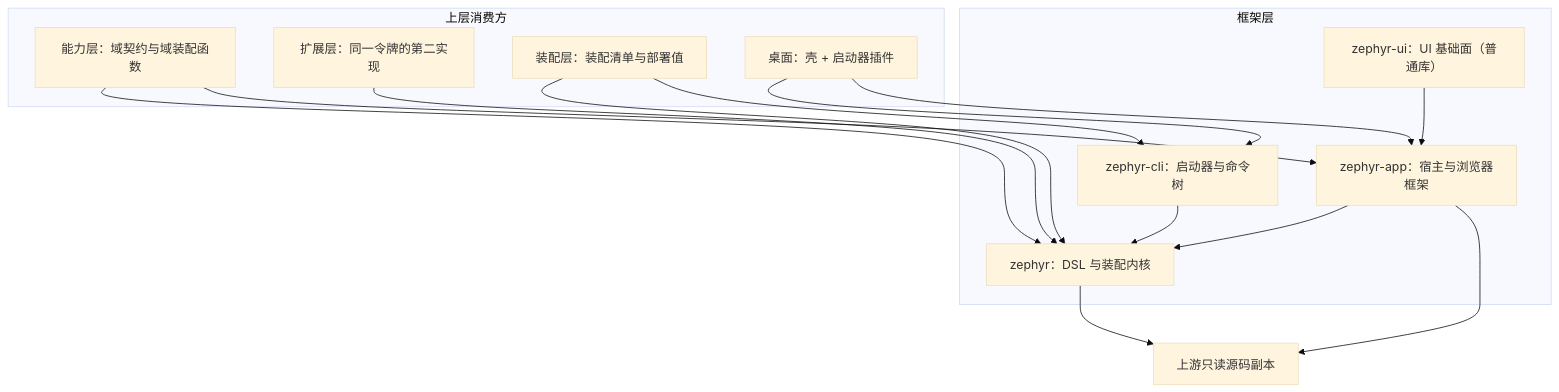
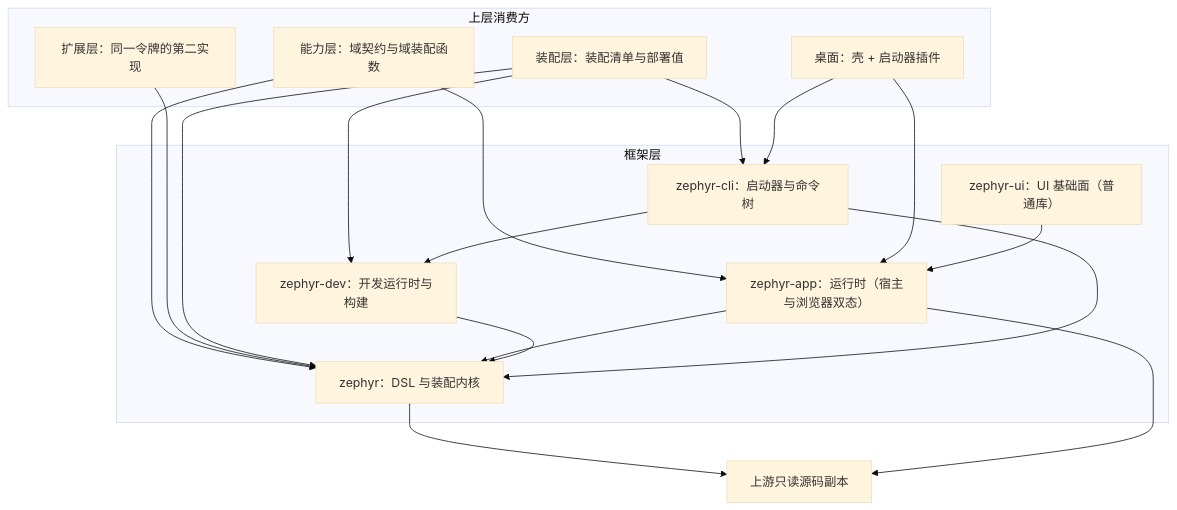
Before and after one commit to morlay/dsh-plugin: the diagram in packages/zephyr/.agents/designs/20261113-框架层.md, drawn with Mermaid (base theme). The commit also changed other lines of this file and 16 other files, not shown here.

First line of the commit message:
docs(zephyr): 定下开发构建与产物布局（zephyr-dev 边界、可配置产物根）

````diff
--- a/packages/zephyr/.agents/designs/20261113-框架层.md
+++ b/packages/zephyr/.agents/designs/20261113-框架层.md
@@ -12,28 +12,32 @@
 ```mermaid
 flowchart TD
   subgraph 上层消费方
     CAP[能力层：域契约与域装配函数]
     EXT[扩展层：同一令牌的第二实现]
     ASM[装配层：装配清单与部署值]
     DESK[桌面：壳 + 启动器插件]
   end
   subgraph 框架层
     DSL[zephyr：DSL 与装配内核]
-    APP[zephyr-app：宿主与浏览器框架]
+    DEV[zephyr-dev：开发运行时与构建]
+    APP[zephyr-app：运行时（宿主与浏览器双态）]
     CLI[zephyr-cli：启动器与命令树]
     UI[zephyr-ui：UI 基础面（普通库）]
   end
   UP[上游只读源码副本]
   CAP --> DSL
   CAP --> APP
   EXT --> DSL
   ASM --> DSL
   ASM --> CLI
+  ASM --> DEV
   DESK --> CLI
   DESK --> APP
   APP --> DSL
+  DEV --> DSL
   CLI --> DSL
+  CLI --> DEV
   UI --> APP
   DSL --> UP
   APP --> UP
 ```
````
